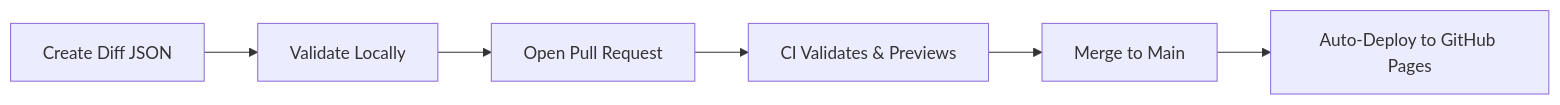
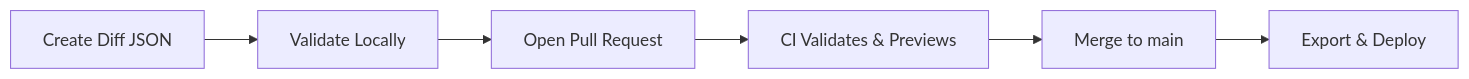
The diagram in README.md (alchemiesofscent/recipe-aligner), drawn with Mermaid before and after one commit. The commit also changed other lines of this file and 6 other files, not shown here.

````diff
--- a/README.md
+++ b/README.md
@@ -46,8 +50,8 @@
 ```mermaid
 graph LR
     A[Create Diff JSON] --> B[Validate Locally]
     B --> C[Open Pull Request]
     C --> D[CI Validates & Previews]
-    D --> E[Merge to Main]
-    E --> F[Auto-Deploy to GitHub Pages]
+    D --> E[Merge to main]
+    E --> F[Export & Deploy]
 ```
````
